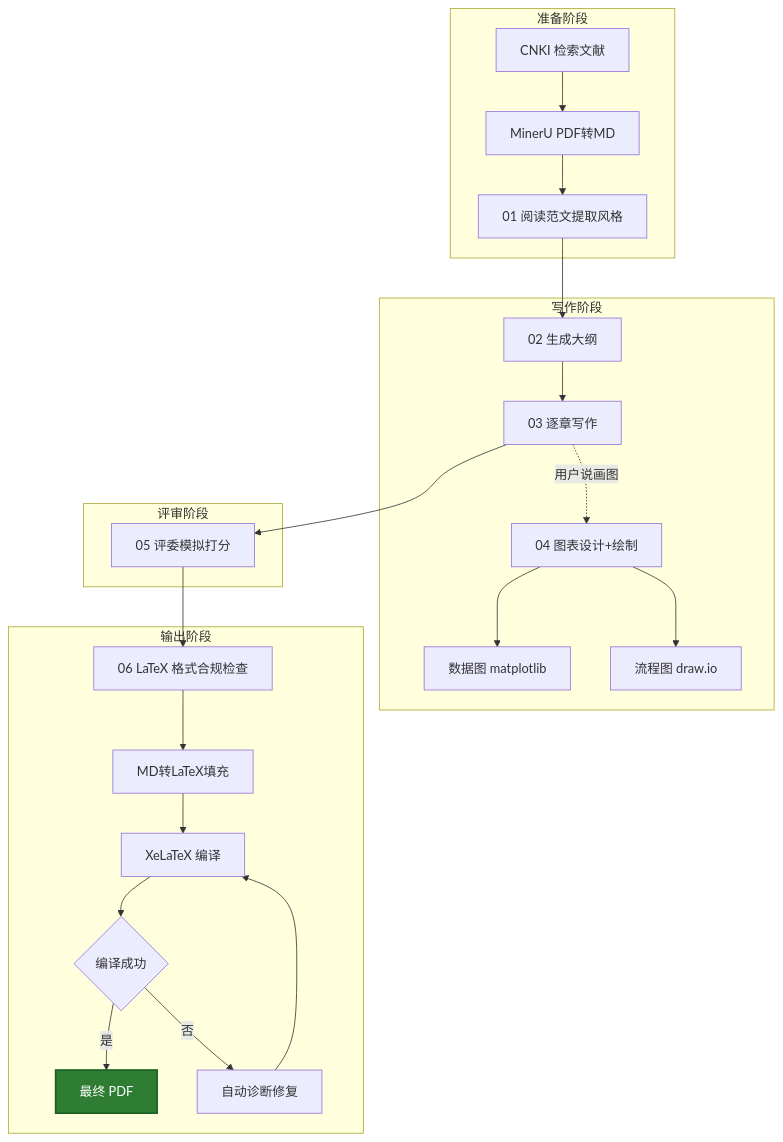
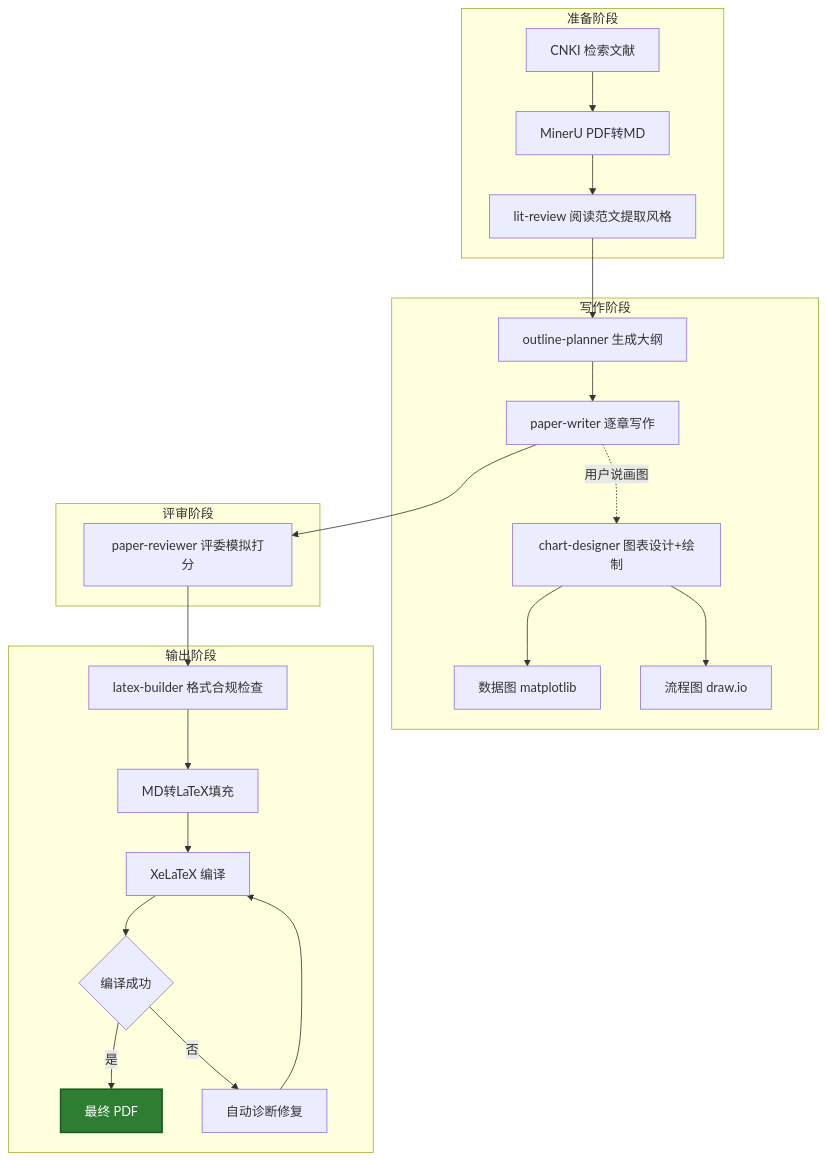
Before and after one commit to chienchen-png/MCM-Writer-Agent-CN: the diagram in README.md, drawn with Mermaid. The commit also changed other lines of this file and 17 other files, not shown here.

````diff
--- a/README.md
+++ b/README.md
@@ -184,35 +191,35 @@
 ```mermaid
 graph TB
     subgraph 准备阶段
         A[CNKI 检索文献] --> A2[MinerU PDF转MD]
-        A2 --> B[01 阅读范文提取风格]
+        A2 --> B[lit-review 阅读范文提取风格]
     end
 
     subgraph 写作阶段
-        C[02 生成大纲] --> D[03 逐章写作]
-        E[04 图表设计+绘制]
+        C[outline-planner 生成大纲] --> D[paper-writer 逐章写作]
+        E[chart-designer 图表设计+绘制]
         E --> E1[数据图 matplotlib]
         E --> E2[流程图 draw.io]
     end
 
     subgraph 评审阶段
-        F[05 评委模拟打分]
+        F[paper-reviewer 评委模拟打分]
     end
 
     subgraph 输出阶段
-        G[06 LaTeX 格式合规检查]
+        G[latex-builder 格式合规检查]
         G --> H[MD转LaTeX填充]
         H --> I[XeLaTeX 编译]
         I --> J{编译成功}
         J -->|是| K[最终 PDF]
         J -->|否| L[自动诊断修复]
         L --> I
     end
 
     B --> C
     D -.->|用户说画图| E
     D --> F
     F --> G
 
     style K fill:#2E7D32,color:#fff,stroke:#1B5E20,stroke-width:2px
 ```
````
